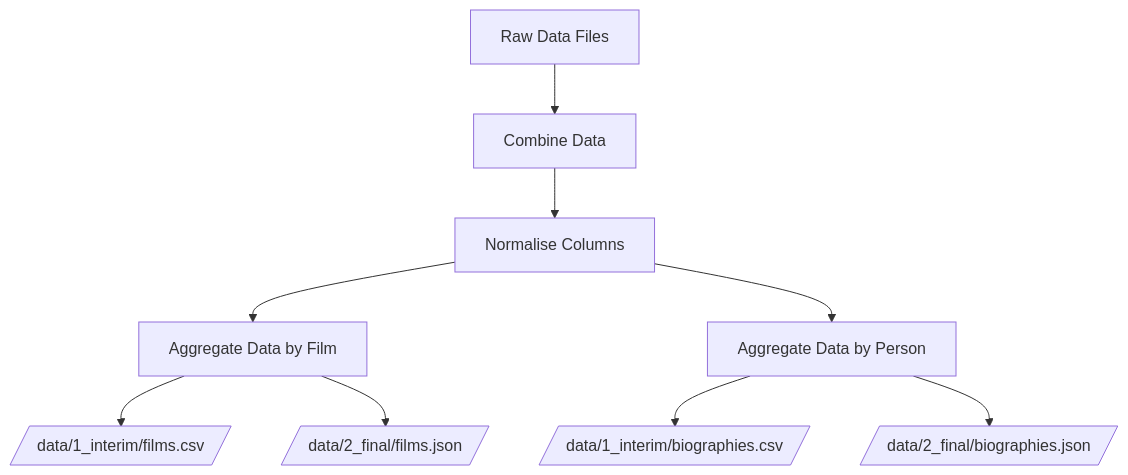
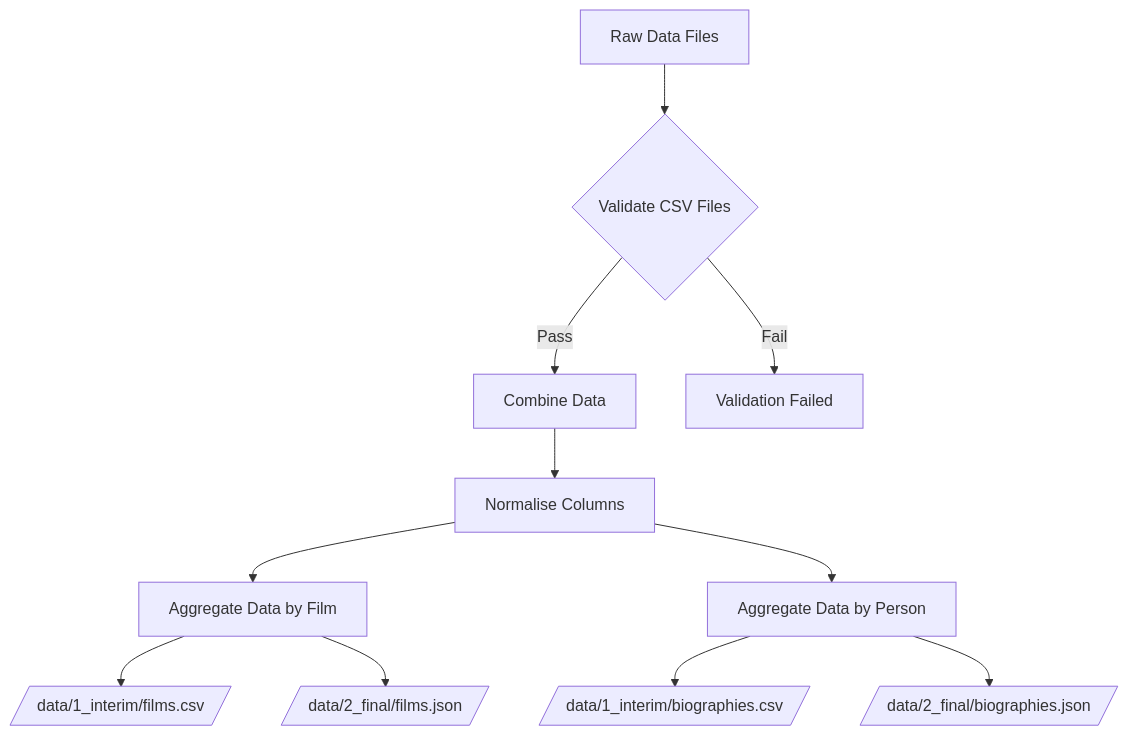
One commit to kingsdigitallab/age-c changed the second of 2 diagrams in etl/README.md. Above: the diagram before and after it, drawn with Mermaid. The commit also changed other lines of this file, not shown here.

Commit message:
docs(readme): Update readme with information about data validation

````diff
--- a/etl/README.md
+++ b/etl/README.md
@@ -136,24 +154,29 @@
 ```mermaid
 flowchart TD
     A[Raw Data Files]
+    V{Validate CSV Files}
 
     B[Combine Data]
     C[Normalise Columns]
 
     D1[Aggregate Data by Film]
     D2[Aggregate Data by Person]
 
     E1[/data/1_interim/films.csv/]
     E2[/data/2_final/films.json/]
     E3[/data/1_interim/biographies.csv/]
     E4[/data/2_final/biographies.json/]
 
-    A --> B
+    F[Validation Failed]
+
+    A --> V
+    V -->|Pass| B
+    V -->|Fail| F
     B --> C
     C --> D1
     C --> D2
     D1 --> E1
     D1 --> E2
     D2 --> E3
     D2 --> E4
 ```
````
